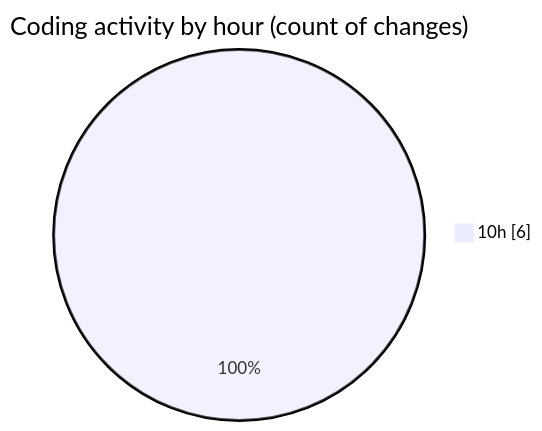
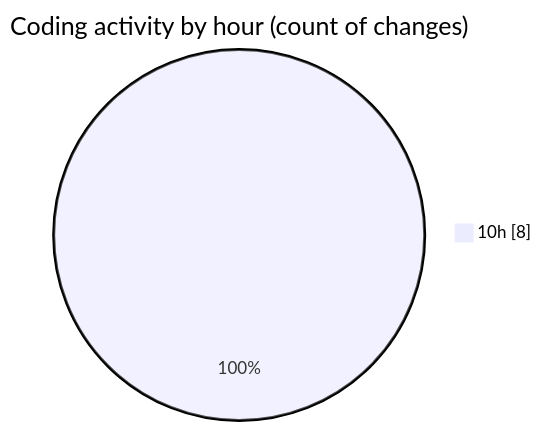
One commit to BS-eng2023/code-tracking changed the second of 2 diagrams in 2025-03-31/jsvms/README.md. Above: the diagram before and after it, drawn with Mermaid. The commit also changed other lines of this file and 1 other file, not shown here.

````diff
--- a/2025-03-31/jsvms/README.md
+++ b/2025-03-31/jsvms/README.md
@@ -28,5 +30,5 @@
 ```mermaid
 pie showData
 title Coding activity by hour (count of changes)
-"10h" : 6
+"10h" : 8
 ```
````
